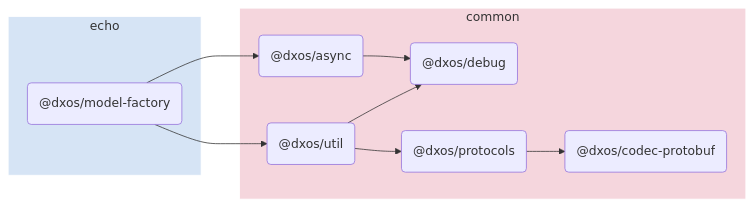
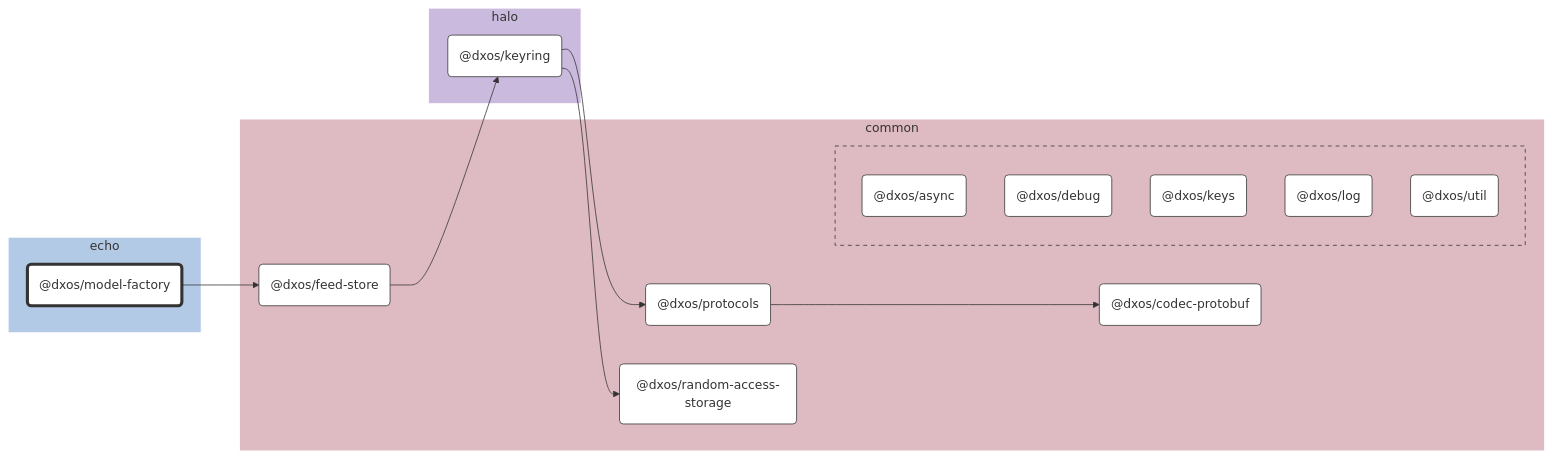
One commit to dxos/dxos changed the diagram in packages/echo/model-factory/docs/README.md. Above: the diagram before and after it, drawn with Mermaid. The commit also changed other lines of this file and 89 other files, not shown here.

````diff
--- a/packages/echo/model-factory/docs/README.md
+++ b/packages/echo/model-factory/docs/README.md
@@ -5,24 +7,75 @@
 ```mermaid
-flowchart LR;
+%%{ init: {'flowchart':{'curve':'basis'}} }%%
 
+flowchart LR
+
+%% Links
+dxos/feed-store --> dxos/keyring;
+dxos/keyring --> dxos/protocols;
+dxos/keyring --> dxos/random-access-storage;
+dxos/model-factory --> dxos/feed-store;
+dxos/protocols --> dxos/codec-protobuf;
+
+%% Sections
 subgraph echo
-  style echo fill:#d6e4f5,stroke:#fff;
-  dxos/model-factory("@dxos/model-factory");
+  style echo fill:#b3cae6,stroke:#fff;
+
+  dxos/model-factory("@dxos/model-factory")
 end
 
 subgraph common
-  style common fill:#f5d6dd,stroke:#fff;
-  dxos/async("@dxos/async");
-  dxos/debug("@dxos/debug");
-  dxos/codec-protobuf("@dxos/codec-protobuf");
-  dxos/protocols("@dxos/protocols");
-  dxos/util("@dxos/util");
+  style common fill:#debac2,stroke:#fff;
+
+  dxos/codec-protobuf("@dxos/codec-protobuf")
+  dxos/feed-store("@dxos/feed-store")
+  dxos/protocols("@dxos/protocols")
+  dxos/random-access-storage("@dxos/random-access-storage")
+
+  subgraph common-excluded [ ]
+    style common-excluded fill:#debac2,stroke:#333,stroke-dasharray:5 5;
+
+    dxos/async("@dxos/async")
+    dxos/debug("@dxos/debug")
+    dxos/keys("@dxos/keys")
+    dxos/log("@dxos/log")
+    dxos/util("@dxos/util")
+  end
 end
 
-dxos/model-factory --> dxos/async;
-dxos/async --> dxos/debug;
-dxos/protocols --> dxos/codec-protobuf;
-dxos/model-factory --> dxos/util;
-dxos/util --> dxos/debug;
-dxos/util --> dxos/protocols;
+subgraph halo
+  style halo fill:#cabade,stroke:#fff;
+
+  dxos/keyring("@dxos/keyring")
+end
+
+
+%% Hyperlinks
+click dxos/async "dxos/dxos/tree/main/packages/common/async/docs";
+click dxos/codec-protobuf "dxos/dxos/tree/main/packages/common/codec-protobuf/docs";
+click dxos/debug "dxos/dxos/tree/main/packages/common/debug/docs";
+click dxos/feed-store "dxos/dxos/tree/main/packages/common/feed-store/docs";
+click dxos/keyring "dxos/dxos/tree/main/packages/halo/keyring/docs";
+click dxos/keys "dxos/dxos/tree/main/packages/common/keys/docs";
+click dxos/log "dxos/dxos/tree/main/packages/common/log/docs";
+click dxos/protocols "dxos/dxos/tree/main/packages/common/protocols/docs";
+click dxos/random-access-storage "dxos/dxos/tree/main/packages/common/random-access-storage/docs";
+click dxos/util "dxos/dxos/tree/main/packages/common/util/docs";
+
+%% Styles
+classDef rootNode fill:#fff,stroke:#333,stroke-width:4px
+classDef defaultNode fill:#fff,stroke:#333,stroke-width:1px
+linkStyle default stroke:#333,stroke-width:1px
+
+dxos/model-factory:::rootNode
+
+dxos/async:::defaultNode
+dxos/codec-protobuf:::defaultNode
+dxos/debug:::defaultNode
+dxos/feed-store:::defaultNode
+dxos/keyring:::defaultNode
+dxos/keys:::defaultNode
+dxos/log:::defaultNode
+dxos/protocols:::defaultNode
+dxos/random-access-storage:::defaultNode
+dxos/util:::defaultNode
 ```
````
